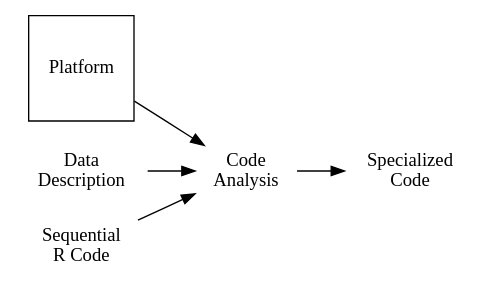
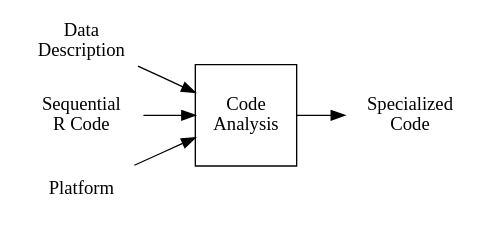
The diagram in proposal/workflow.dot (clarkfitzg/phd_research), drawn with Graphviz before and after one commit. The commit also changed 1 other file, not shown here.

```diff
--- a/proposal/workflow.dot
+++ b/proposal/workflow.dot
@@ -1,18 +1,18 @@
 digraph workflow {
     rankdir=LR;
     //size="8,5"
-    node [shape = square]; 2;
+    node [shape = square]; 6;
     node [shape = none];
 
     0 [label="Data\nDescription"];
     1 [label="Sequential\nR Code"];
     2 [label="Platform"];
 
     6 [label="Code\nAnalysis"];
     7 [label="Specialized\nCode"];
 
     0 -> 6;
     1 -> 6;
     2 -> 6;
     6 -> 7;
 }
```
